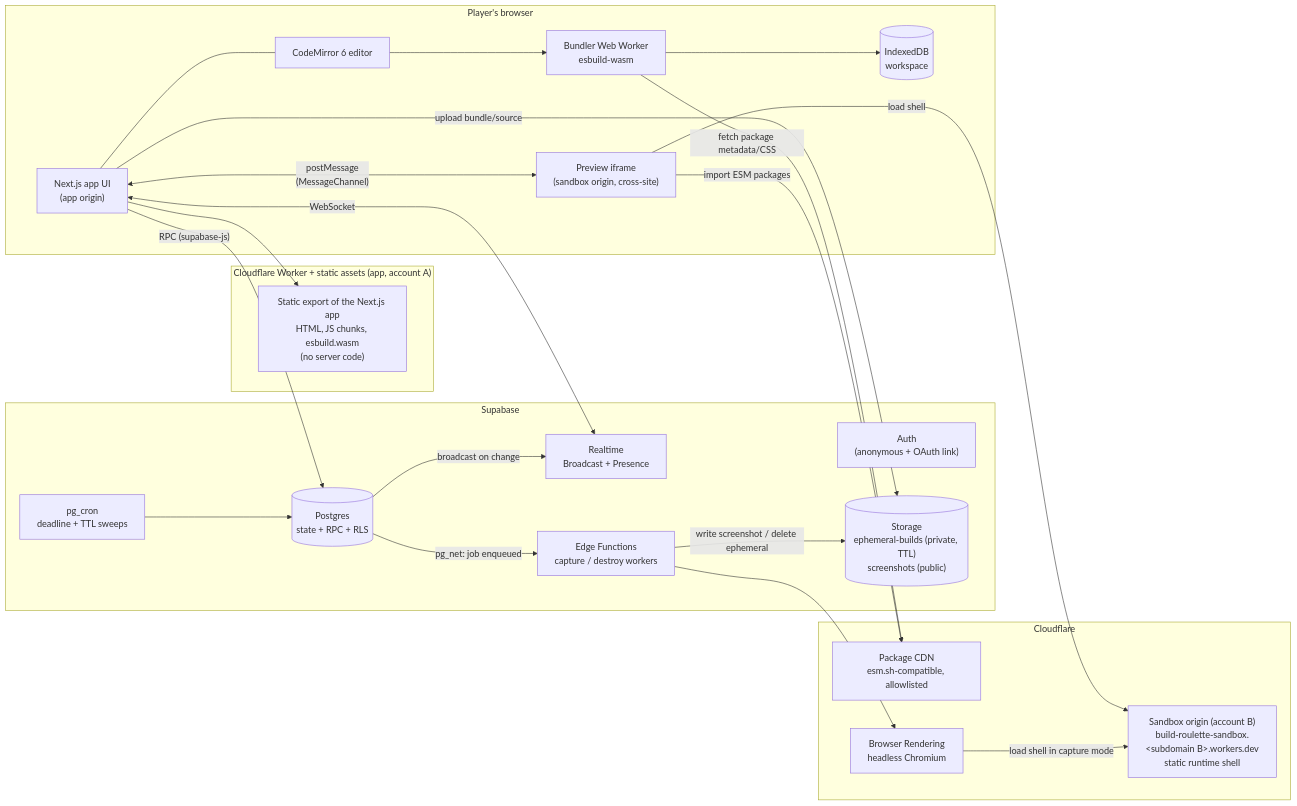
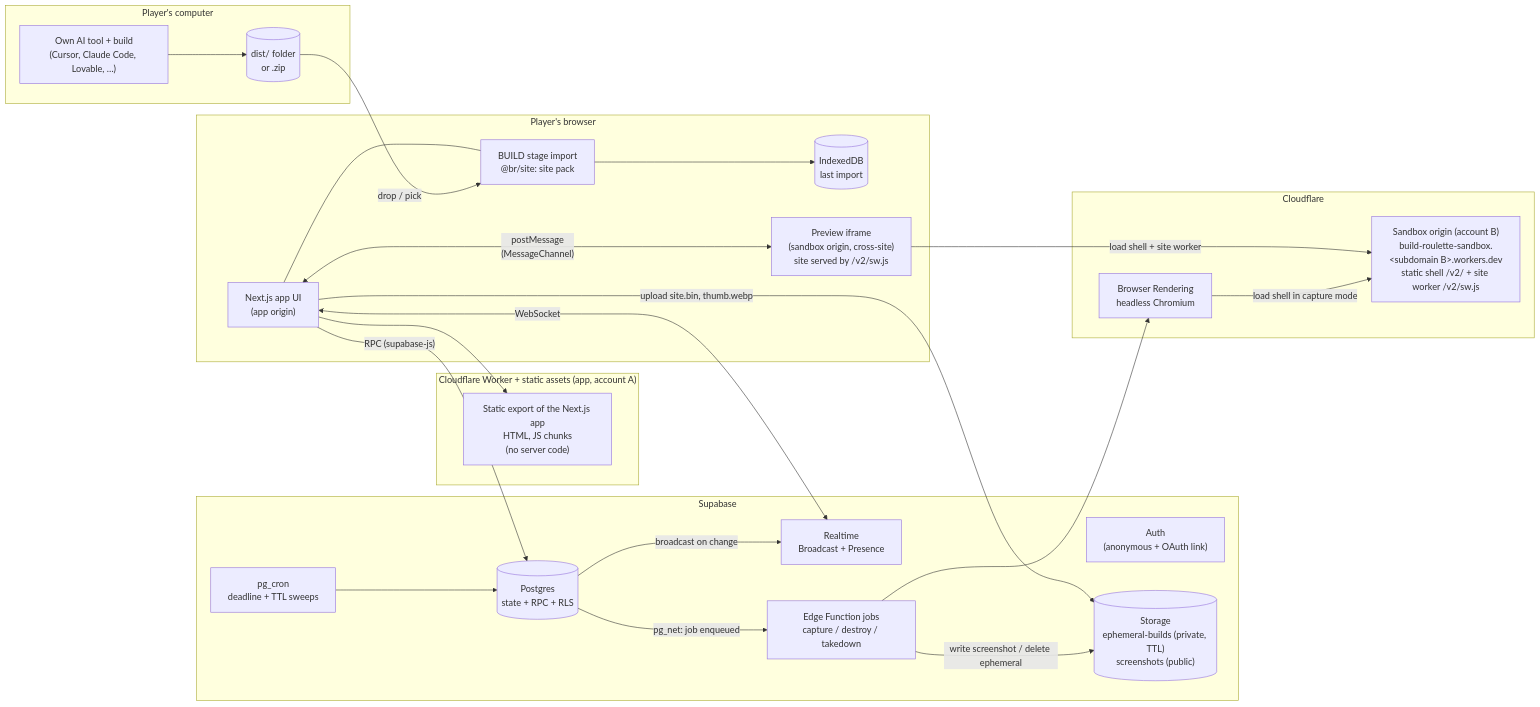
One commit to ertugrulunal9-ui/Build-Roulette changed the first of 2 diagrams in docs/01-architecture.md. Above: the diagram before and after it, drawn with Mermaid. The commit also changed other lines of this file and 2 other files, not shown here.

First line of the commit message:
README, architecture and risks describe import mode

````diff
--- a/docs/01-architecture.md
+++ b/docs/01-architecture.md
@@ -26,47 +29,50 @@
 ```mermaid
 flowchart LR
+  subgraph Local["Player's computer"]
+    TOOL["Own AI tool + build<br/>(Cursor, Claude Code, Lovable, …)"]
+    DIST[("dist/ folder<br/>or .zip")]
+    TOOL --> DIST
+  end
+
   subgraph Player["Player's browser"]
     UI["Next.js app UI<br/>(app origin)"]
-    ED["CodeMirror 6 editor"]
-    BW["Bundler Web Worker<br/>esbuild-wasm"]
-    IDB[("IndexedDB<br/>workspace")]
-    IF["Preview iframe<br/>(sandbox origin, cross-site)"]
-    UI --- ED
-    ED --> BW
-    BW --> IDB
+    IMP["BUILD stage import<br/>@br/site: site pack"]
+    IDB[("IndexedDB<br/>last import")]
+    IF["Preview iframe<br/>(sandbox origin, cross-site)<br/>site served by /v2/sw.js"]
+    UI --- IMP
+    IMP --> IDB
     UI <-->|"postMessage<br/>(MessageChannel)"| IF
   end
 
+  DIST -->|"drop / pick"| IMP
+
   subgraph CFApp["Cloudflare Worker + static assets (app, account A)"]
-    NX["Static export of the Next.js app<br/>HTML, JS chunks, esbuild.wasm<br/>(no server code)"]
+    NX["Static export of the Next.js app<br/>HTML, JS chunks<br/>(no server code)"]
   end
 
   subgraph Supabase
     AUTH["Auth<br/>(anonymous + OAuth link)"]
     PG[("Postgres<br/>state + RPC + RLS")]
     RT["Realtime<br/>Broadcast + Presence"]
     ST[("Storage<br/>ephemeral-builds (private, TTL)<br/>screenshots (public)")]
-    EF["Edge Functions<br/>capture / destroy workers"]
+    EF["Edge Function jobs<br/>capture / destroy / takedown"]
     CRON["pg_cron<br/>deadline + TTL sweeps"]
   end
 
   subgraph Cloudflare
-    SB["Sandbox origin (account B)<br/>build-roulette-sandbox.&lt;subdomain B&gt;.workers.dev<br/>static runtime shell"]
-    CDN["Package CDN<br/>esm.sh-compatible, allowlisted"]
+    SB["Sandbox origin (account B)<br/>build-roulette-sandbox.&lt;subdomain B&gt;.workers.dev<br/>static shell /v2/ + site worker /v2/sw.js"]
     BR["Browser Rendering<br/>headless Chromium"]
   end
 
   UI -->|"RPC (supabase-js)"| PG
   UI <-->|"WebSocket"| RT
-  UI -->|"upload bundle/source"| ST
+  UI -->|"upload site.bin, thumb.webp"| ST
   UI --> NX
-  BW -->|"fetch package metadata/CSS"| CDN
-  IF -->|"load shell"| SB
-  IF -->|"import ESM packages"| CDN
+  IF -->|"load shell + site worker"| SB
   PG -->|"broadcast on change"| RT
   CRON --> PG
   PG -->|"pg_net: job enqueued"| EF
   EF --> BR
   BR -->|"load shell in capture mode"| SB
   EF -->|"write screenshot / delete ephemeral"| ST
 ```
````
